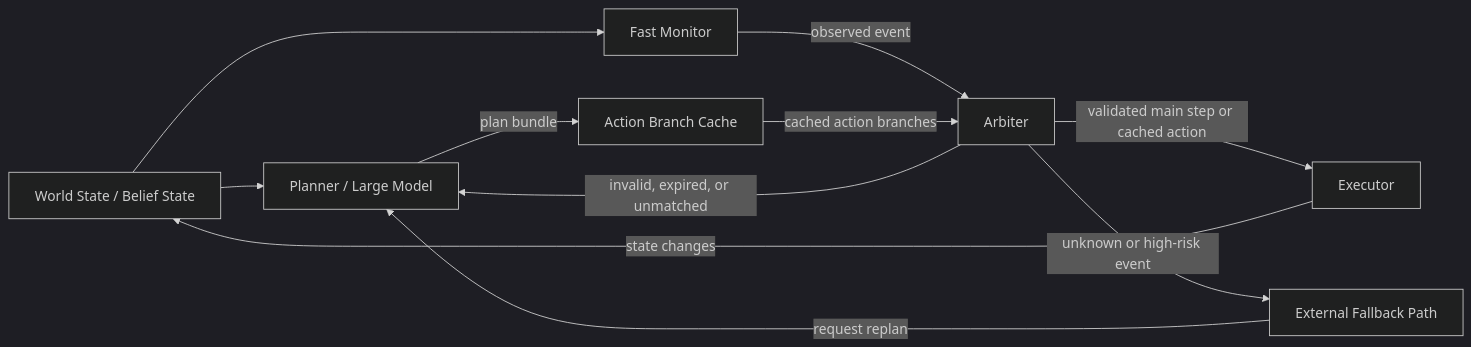
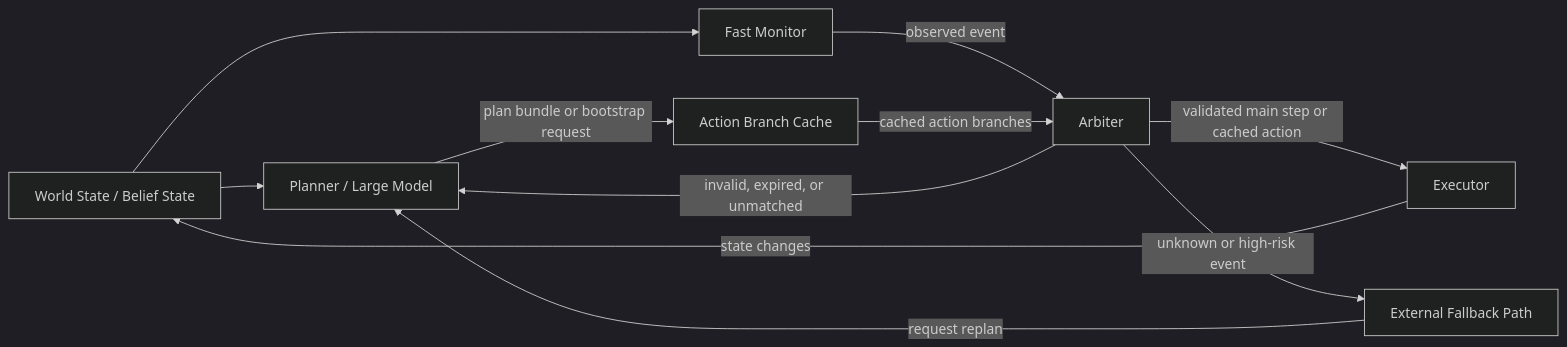
Before and after one commit to qingwuxj/Contingency-Instruction-Cache: the diagram in docs/architecture.md, drawn with Mermaid (dark theme). The commit also changed other lines of this file and 16 other files, not shown here.

````diff
--- a/docs/architecture.md
+++ b/docs/architecture.md
@@ -37,13 +37,13 @@
 ```mermaid
 flowchart LR
     WS["World State / Belief State"] --> PL["Planner / Large Model"]
-    PL -->|plan bundle| CC["Action Branch Cache"]
+    PL -->|plan bundle or bootstrap request| CC["Action Branch Cache"]
     WS --> FM["Fast Monitor"]
     FM -->|observed event| AR["Arbiter"]
     CC -->|cached action branches| AR
     AR -->|validated main step or cached action| EX["Executor"]
     EX -->|state changes| WS
     AR -->|unknown or high-risk event| SF["External Fallback Path"]
     SF -->|request replan| PL
     AR -->|invalid, expired, or unmatched| PL
 ```
````
